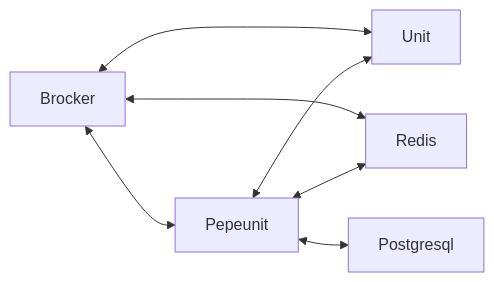
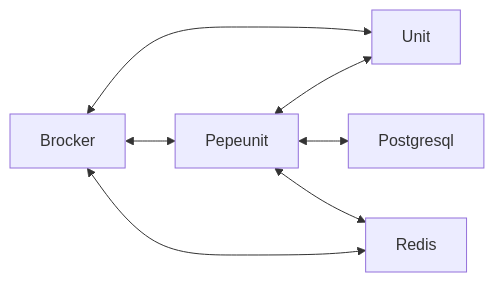
Before and after one commit to w7a8n1y4a/pepeunit: the diagram in docs/deployment/dependencies.md, drawn with Mermaid. The commit also changed other lines of this file and 8 other files, not shown here.

````diff
--- a/docs/deployment/dependencies.md
+++ b/docs/deployment/dependencies.md
@@ -31,9 +41,9 @@
 ```mermaid
 flowchart LR
   Brocker <--> Unit
   Brocker <--> Pepeunit
+  Pepeunit <--> Unit
+  Pepeunit <--> Postgresql
   Brocker <--> Redis
-  Pepeunit <--> Unit
   Pepeunit <--> Redis
-  Pepeunit <--> Postgresql
 ```
````
